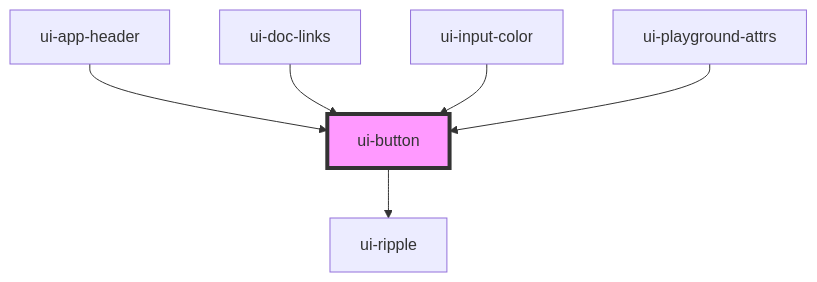
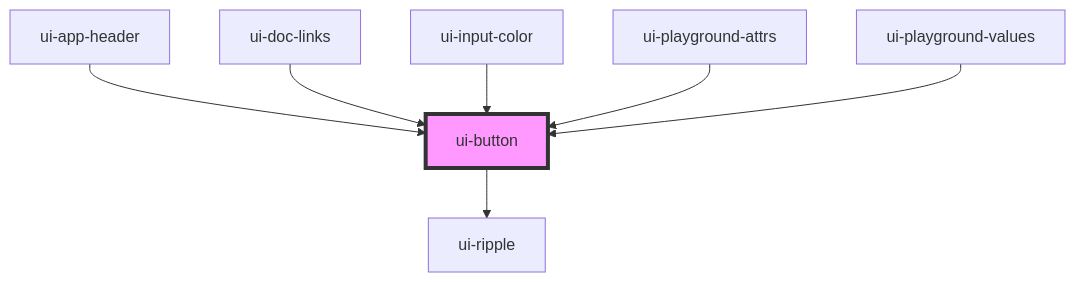
One commit to shahzad1970/psycho-ui changed the diagram in src/components/ui-button/readme.md. Above: the diagram before and after it, drawn with Mermaid. The commit also changed other lines of this file and 285 other files, not shown here.

````diff
--- a/src/components/ui-button/readme.md
+++ b/src/components/ui-button/readme.md
@@ -42,9 +43,10 @@
 ```mermaid
 graph TD;
   ui-button --> ui-ripple
   ui-app-header --> ui-button
   ui-doc-links --> ui-button
   ui-input-color --> ui-button
   ui-playground-attrs --> ui-button
+  ui-playground-values --> ui-button
   style ui-button fill:#f9f,stroke:#333,stroke-width:4px
 ```
````
